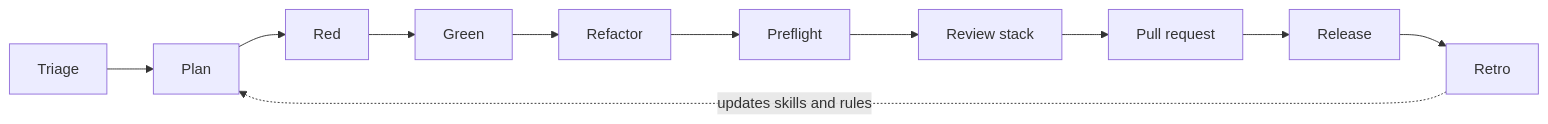
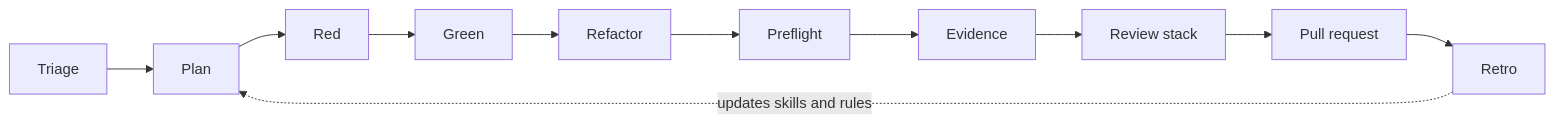
One commit to pp-interview/agentic-engineering changed the diagram in README.md. Above: the diagram before and after it, drawn with Mermaid. The commit also changed other lines of this file, not shown here.

Commit message:
Reframe as a guide: short version up front, task walkthrough, release material removed

````diff
--- a/README.md
+++ b/README.md
@@ -48,13 +61,13 @@
 ```mermaid
 flowchart LR
     A[Triage] --> B[Plan]
     B --> C[Red]
     C --> D[Green]
     D --> E[Refactor]
     E --> F[Preflight]
-    F --> G[Review stack]
-    G --> H[Pull request]
-    H --> I[Release]
+    F --> G[Evidence]
+    G --> H[Review stack]
+    H --> I[Pull request]
     I --> J[Retro]
     J -. updates skills and rules .-> B
 ```
````
